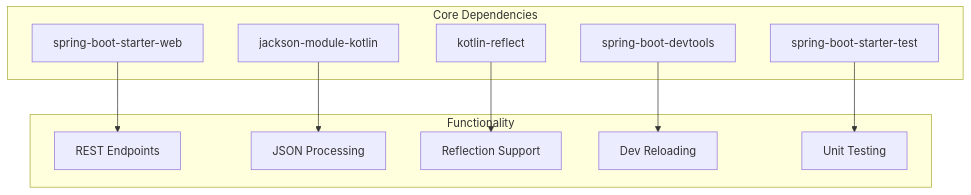
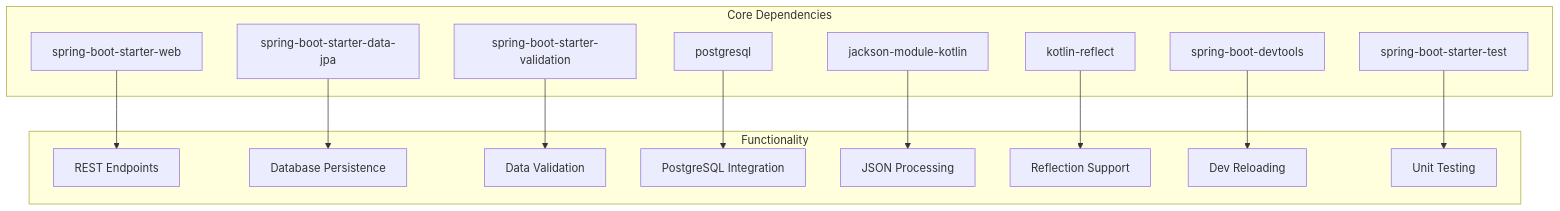
The third of 5 diagrams in .qoder/repowiki/en/content/Technology Stack & Dependencies.md (Nynoko228/Distributed-information-processing-systems), drawn with Mermaid before and after one commit. The commit also changed other lines of this file and 39 other files, not shown here.

````diff
--- a/.qoder/repowiki/en/content/Technology Stack & Dependencies.md
+++ b/.qoder/repowiki/en/content/Technology Stack & Dependencies.md
@@ -111,22 +131,31 @@
 ```mermaid
 graph TB
 subgraph "Core Dependencies"
 A[spring-boot-starter-web]
-B[jackson-module-kotlin]
-C[kotlin-reflect]
-D[spring-boot-devtools]
-E[spring-boot-starter-test]
+B[spring-boot-starter-data-jpa]
+C[spring-boot-starter-validation]
+D[postgresql]
+E[jackson-module-kotlin]
+F[kotlin-reflect]
+G[spring-boot-devtools]
+H[spring-boot-starter-test]
 end
 subgraph "Functionality"
-F[REST Endpoints]
-G[JSON Processing]
-H[Reflection Support]
-I[Dev Reloading]
-J[Unit Testing]
+I[REST Endpoints]
+J[Database Persistence]
+K[Data Validation]
+L[PostgreSQL Integration]
+M[JSON Processing]
+N[Reflection Support]
+O[Dev Reloading]
+P[Unit Testing]
 end
-A --> F
-B --> G
-C --> H
-D --> I
-E --> J
+A --> I
+B --> J
+C --> K
+D --> L
+E --> M
+F --> N
+G --> O
+H --> P
 ```
````
